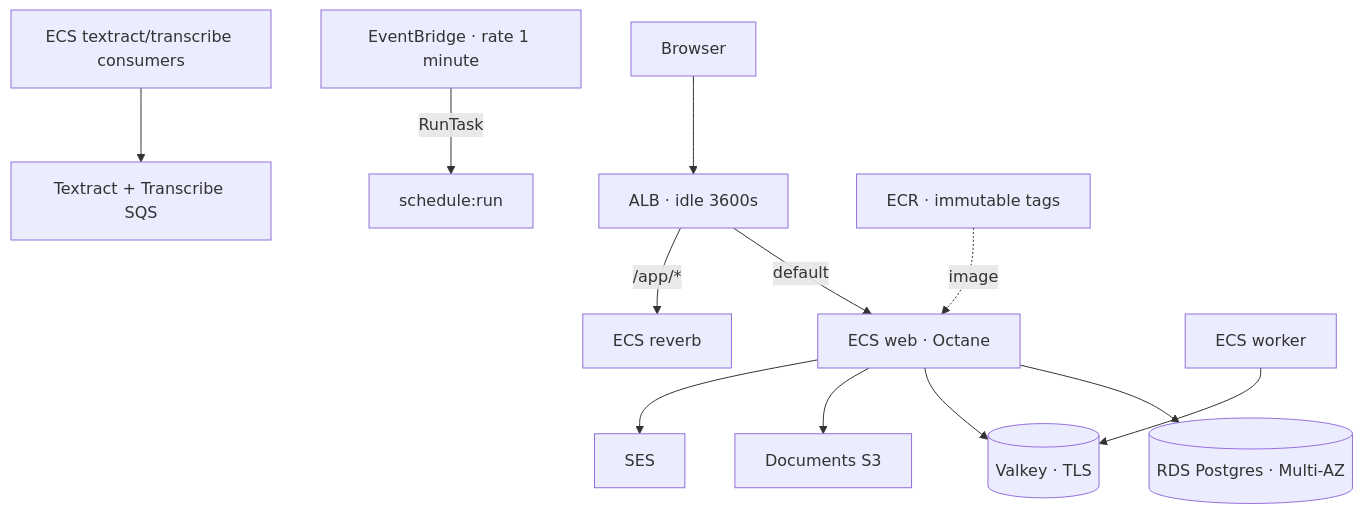
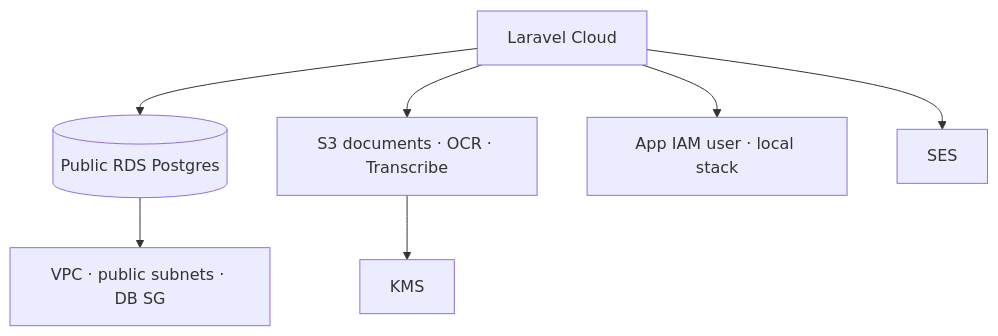
The diagram in apps/platform/infra/README.md (NielsvanHoof/kadans), drawn with Mermaid before and after one commit. The commit also changed other lines of this file and 38 other files, not shown here.

````diff
--- a/apps/platform/infra/README.md
+++ b/apps/platform/infra/README.md
@@ -54,14 +49,9 @@
 ```mermaid
 flowchart TB
-  Client[Browser] --> ALB[ALB · idle 3600s]
-  ALB -->|default| Web[ECS web · Octane]
-  ALB -->|/app/*| Reverb[ECS reverb]
-  Web --> RDS[(RDS Postgres · Multi-AZ)]
-  Web --> Valkey[(Valkey · TLS)]
-  Web --> S3[Documents S3]
-  Worker[ECS worker] --> Valkey
-  Consumers[ECS textract/transcribe consumers] --> SQS[Textract + Transcribe SQS]
-  EB[EventBridge · rate 1 minute] -->|RunTask| Sched[schedule:run]
-  Web --> SES[SES]
-  ECR[ECR · immutable tags] -.image.-> Web
+  Cloud[Laravel Cloud] --> RDS[(Public RDS Postgres)]
+  Cloud --> Docs[S3 documents · OCR · Transcribe]
+  Cloud --> IAM[App IAM user · local stack]
+  Cloud --> SES[SES]
+  Docs --> KMS[KMS]
+  RDS --> VPC[VPC · public subnets · DB SG]
 ```
````
